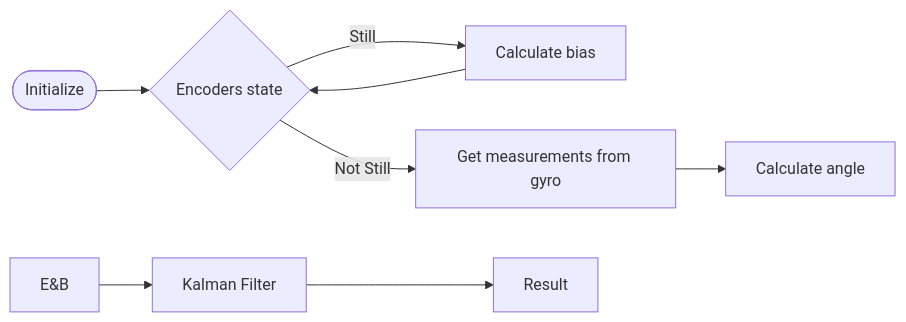
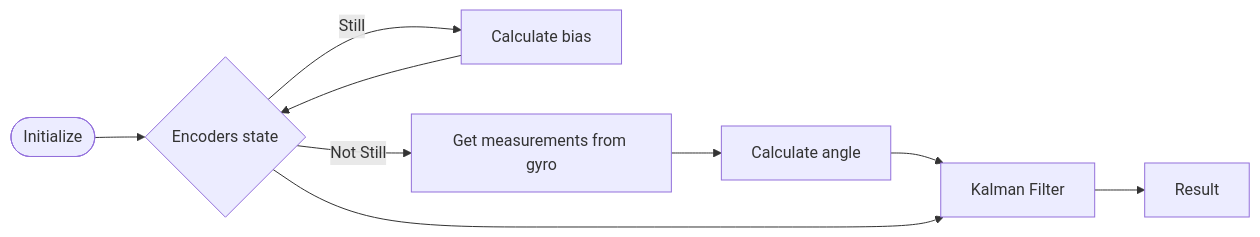
Before and after one commit to LucasTakanori/PAE-HP: the diagram in Gyro_Encoders/README.md, drawn with Mermaid.

````diff
--- a/Gyro_Encoders/README.md
+++ b/Gyro_Encoders/README.md
@@ -73,10 +73,10 @@
 ```mermaid
 flowchart LR
     A([Initialize]) --> B{Encoders state};
     B -- Still -->C[Calculate bias];
     B -- Not Still --> D[Get measurements from gyro];
     C --> B;
     D --> E[Calculate angle];
-    E&B --> F[Kalman Filter]
+    E & B --> F[Kalman Filter]
     F--> Result
 ```
````
